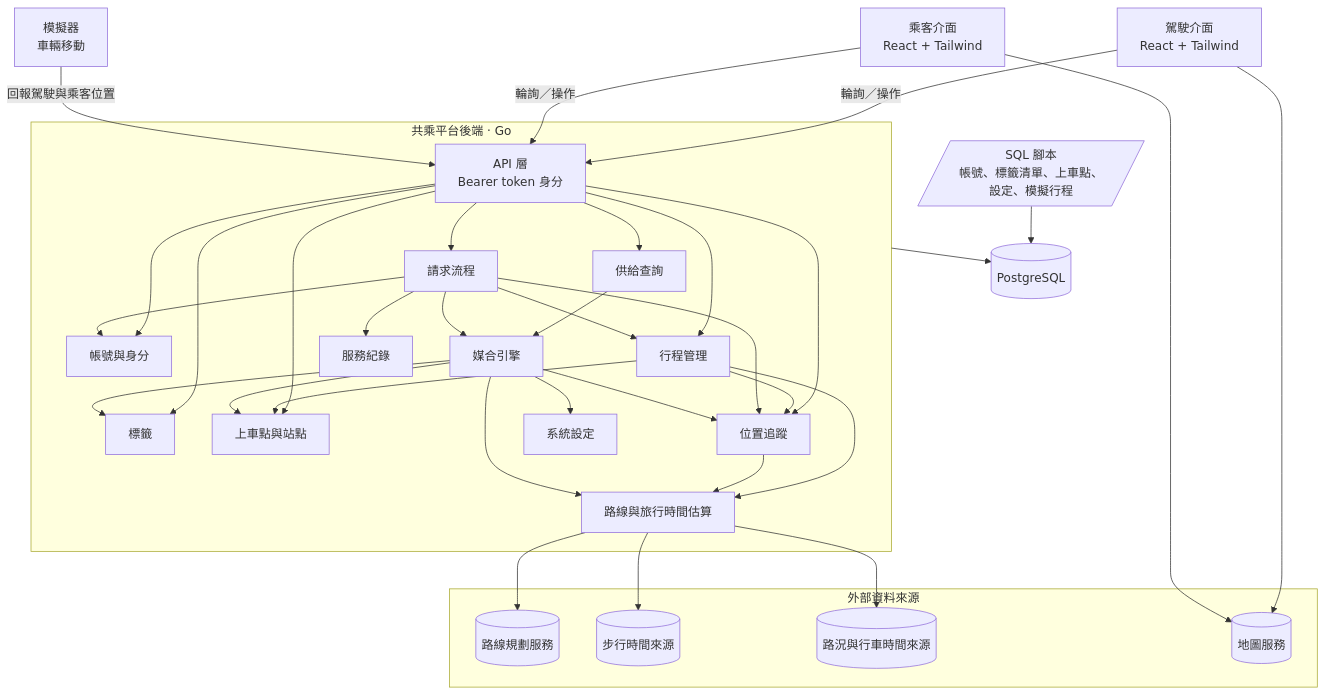
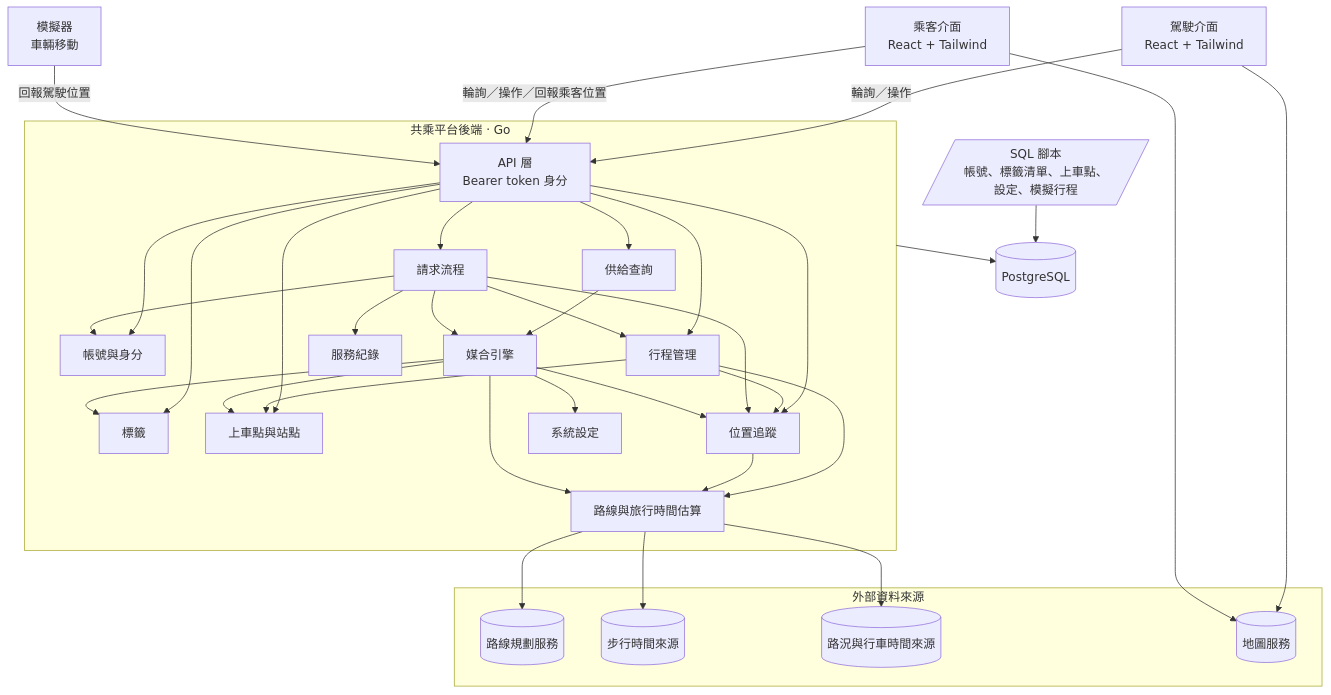
Before and after one commit to sohoffice/debugthon-carpool: the first of 13 diagrams in docs/design.md, drawn with Mermaid. The commit also changed other lines of this file, not shown here.

````diff
--- a/docs/design.md
+++ b/docs/design.md
@@ -72,45 +72,45 @@
 ```mermaid
 flowchart TB
     DUI[駕駛介面<br/>React + Tailwind]
     PUI[乘客介面<br/>React + Tailwind]
     SIM[模擬器<br/>車輛移動]
 
     subgraph Backend[共乘平台後端 · Go]
         API[API 層<br/>Bearer token 身分]
         ACC[帳號與身分]
         TAG[標籤]
         STN[上車點與站點]
         TRIP[行程管理]
         TRK[位置追蹤]
         TT[路線與旅行時間估算]
         SUP[供給查詢]
         MAT[媒合引擎]
         RQ[請求流程]
         REC[服務紀錄]
         CFG[系統設定]
     end
 
     DB[(PostgreSQL)]
     SQL[/SQL 腳本<br/>帳號、標籤清單、上車點、設定、模擬行程/]
 
     subgraph External[外部資料來源]
         DIR[(路線規劃服務)]
         WALK[(步行時間來源)]
         TRAF[(路況與行車時間來源)]
         MAP[(地圖服務)]
     end
 
     DUI -- 輪詢／操作 --> API
-    PUI -- 輪詢／操作 --> API
-    SIM -- 回報駕駛與乘客位置 --> API
+    PUI -- 輪詢／操作／回報乘客位置 --> API
+    SIM -- 回報駕駛位置 --> API
     API --> ACC & TAG & STN & TRIP & TRK & SUP & RQ
     TRIP --> STN & TT & TRK
     TRK --> TT
     SUP --> MAT
     RQ --> MAT & TRIP & REC & ACC & TRK
     MAT --> TRK & TAG & STN & TT & CFG
     TT --> DIR & WALK & TRAF
     Backend --> DB
     SQL --> DB
     DUI & PUI --> MAP
 ```
````
